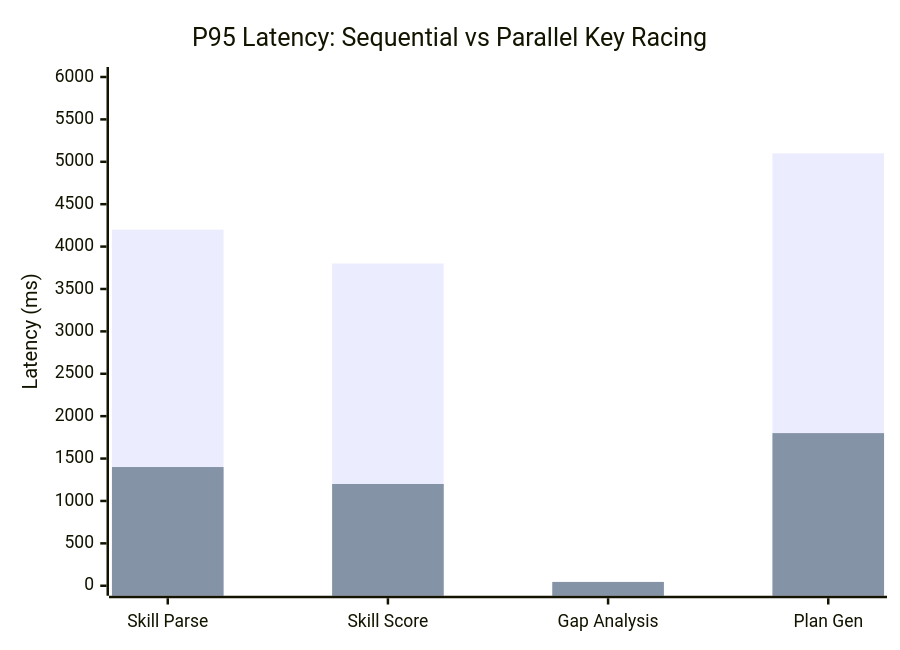
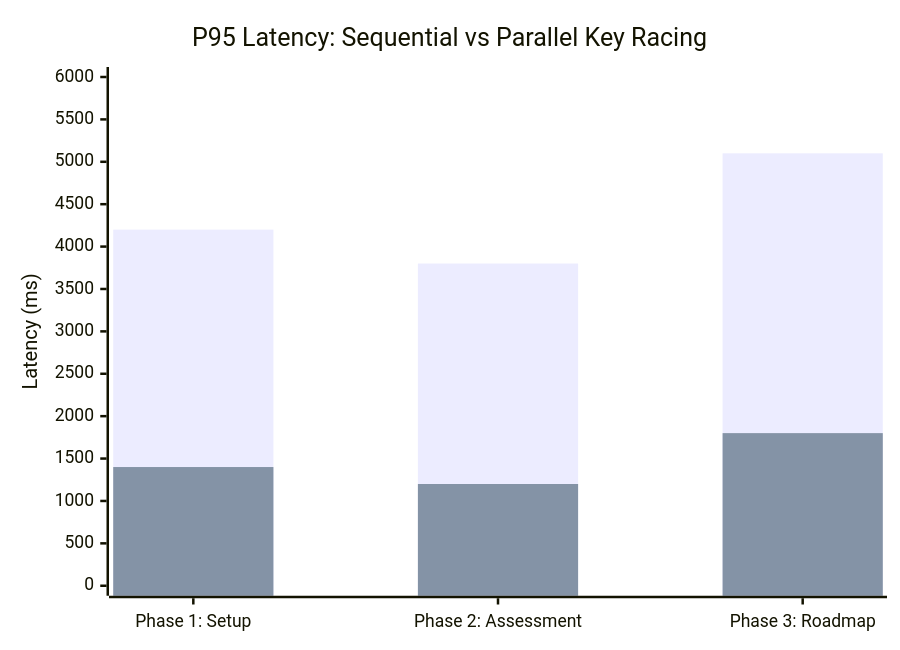
The third of 4 diagrams in README.md (Saineelareddy/Catalyst_deccan_ai_snr), drawn with Mermaid before and after one commit. The commit also changed other lines of this file and 7 other files, not shown here.

Commit message:
docs: rebrand to AI Skill Assessment and update README with professional screenshots

````diff
--- a/README.md
+++ b/README.md
@@ -245,8 +231,8 @@
 ```mermaid
 xychart-beta
     title "P95 Latency: Sequential vs Parallel Key Racing"
-    x-axis ["Skill Parse", "Skill Score", "Gap Analysis", "Plan Gen"]
+    x-axis ["Phase 1: Setup", "Phase 2: Assessment", "Phase 3: Roadmap"]
     y-axis "Latency (ms)" 0 --> 6000
-    bar [4200, 3800, 45, 5100]
-    bar [1400, 1200, 45, 1800]
+    bar [4200, 3800, 5100]
+    bar [1400, 1200, 1800]
 ```
````
